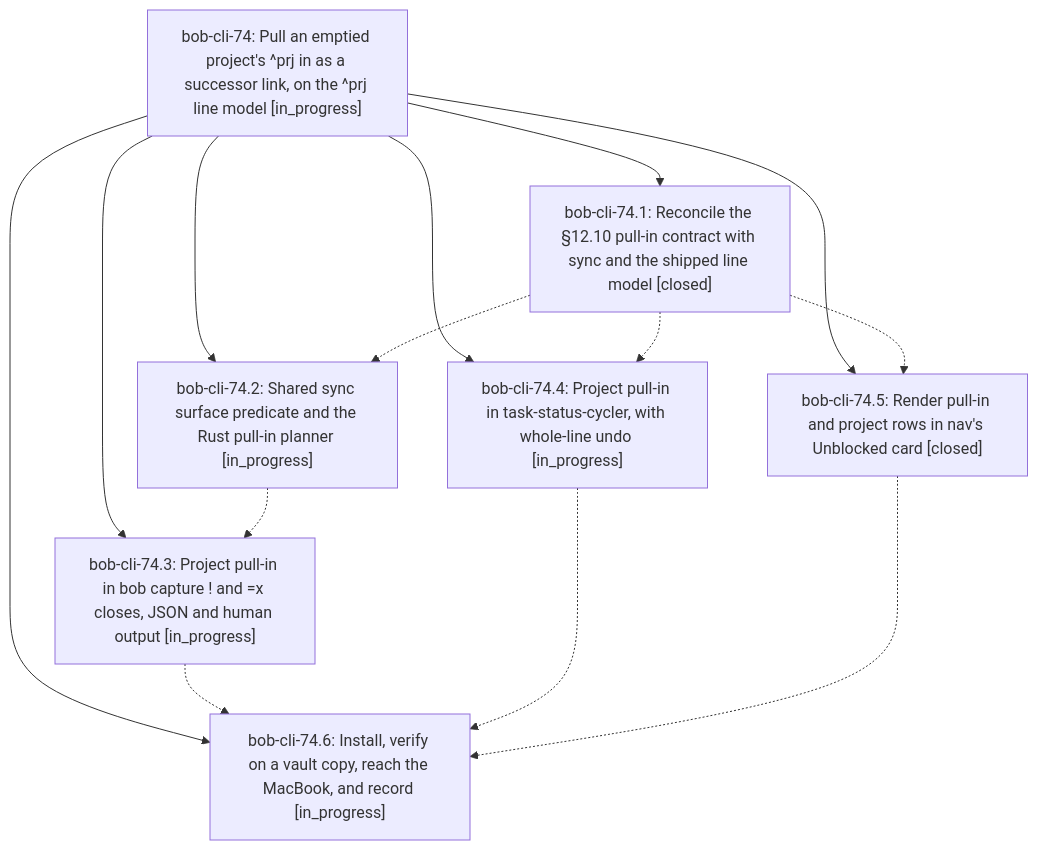
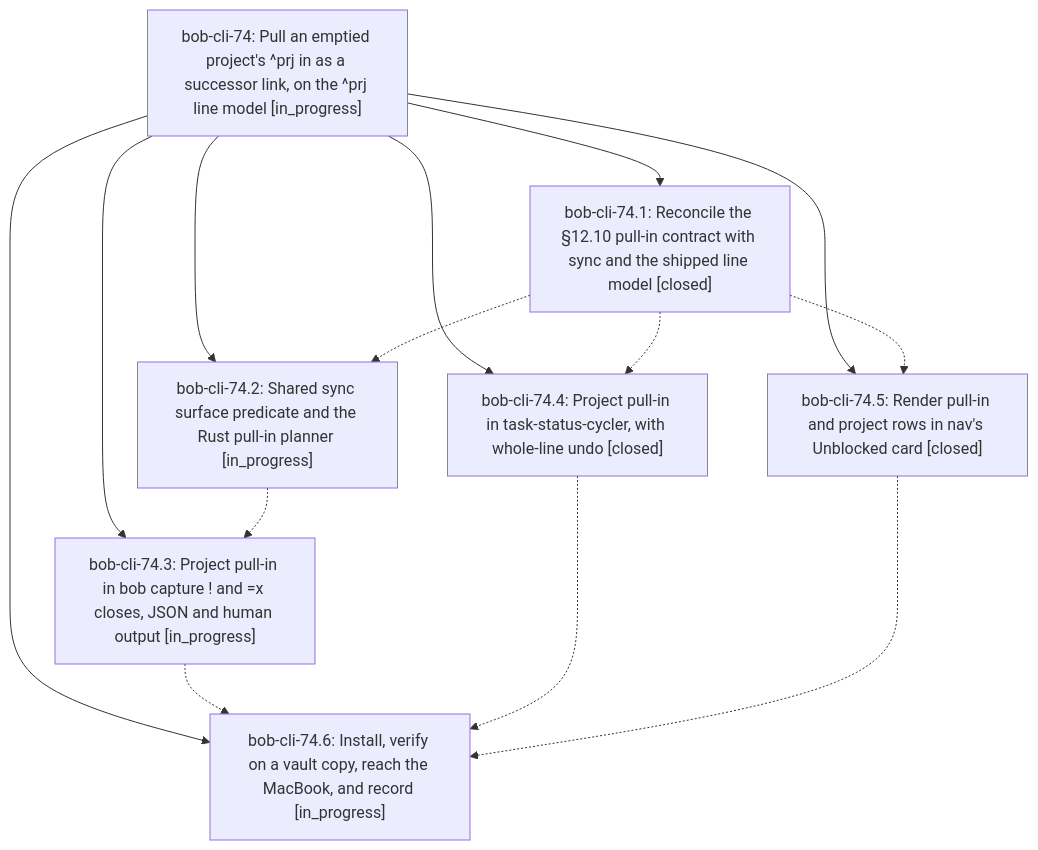
Before and after one commit to bobs-org/bob-cli--beads: the diagram in pages/bob-cli-74/README.md, drawn with Mermaid. The commit also changed other lines of this file and 4 other files, not shown here.

First line of the commit message:
chore(beads): sync bead state and pages for bob-cli-74

````diff
--- a/pages/bob-cli-74/README.md
+++ b/pages/bob-cli-74/README.md
@@ -41,23 +41,23 @@
 ```mermaid
 flowchart TD
     n0["bob-cli-74: Pull an emptied project's ^prj in as a successor link, on the ^prj line model [in_progress]"]
     n1["bob-cli-74.1: Reconcile the §12.10 pull-in contract with sync and the shipped line model [closed]"]
     n2["bob-cli-74.2: Shared sync surface predicate and the Rust pull-in planner [in_progress]"]
     n3["bob-cli-74.3: Project pull-in in bob capture ! and =x closes, JSON and human output [in_progress]"]
-    n4["bob-cli-74.4: Project pull-in in task-status-cycler, with whole-line undo [in_progress]"]
+    n4["bob-cli-74.4: Project pull-in in task-status-cycler, with whole-line undo [closed]"]
     n5["bob-cli-74.5: Render pull-in and project rows in nav's Unblocked card [closed]"]
     n6["bob-cli-74.6: Install, verify on a vault copy, reach the MacBook, and record [in_progress]"]
     n0 --> n1
     n0 --> n2
     n0 --> n3
     n0 --> n4
     n0 --> n5
     n0 --> n6
     n1 -.-> n2
     n1 -.-> n4
     n1 -.-> n5
     n2 -.-> n3
     n3 -.-> n6
     n4 -.-> n6
     n5 -.-> n6
 ```
````
